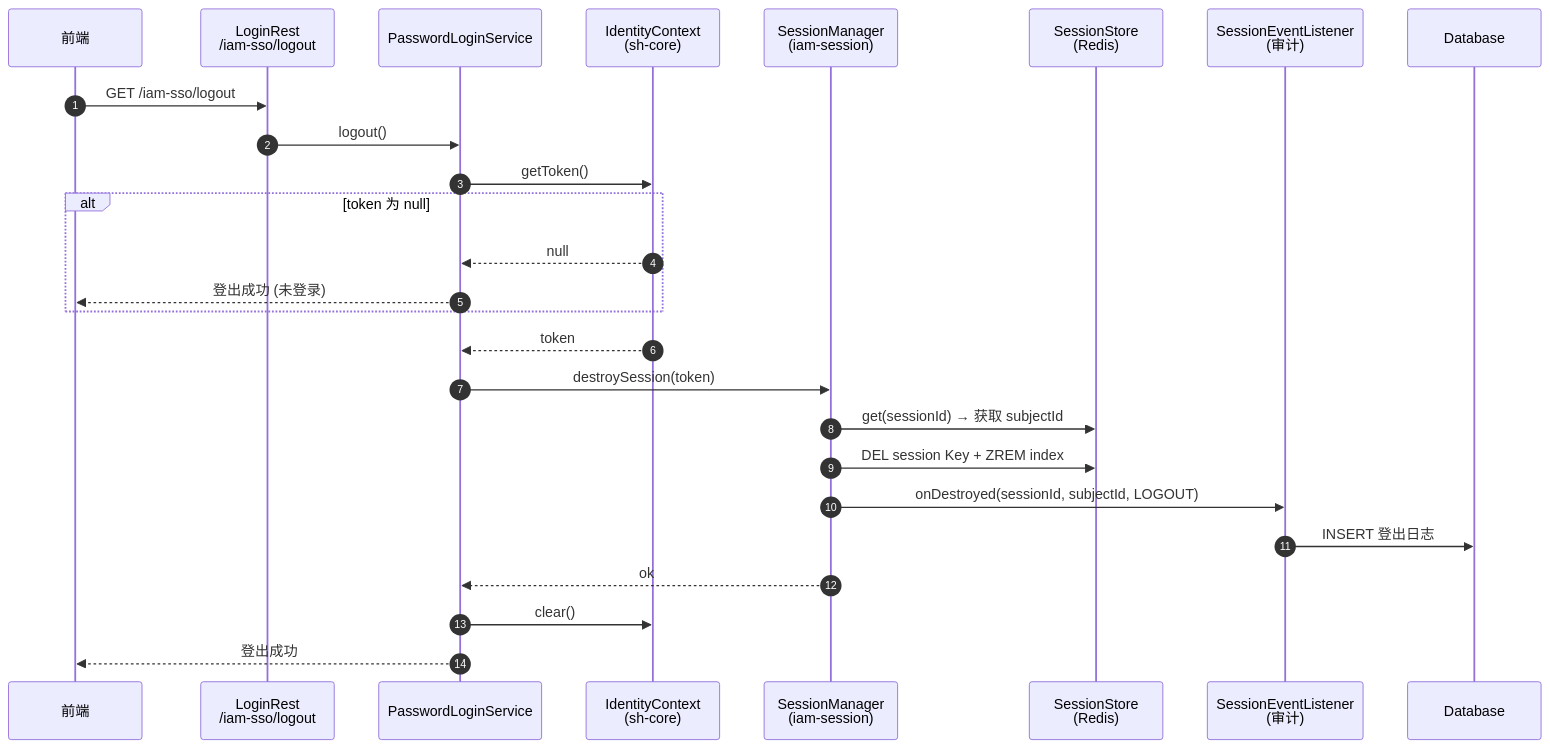
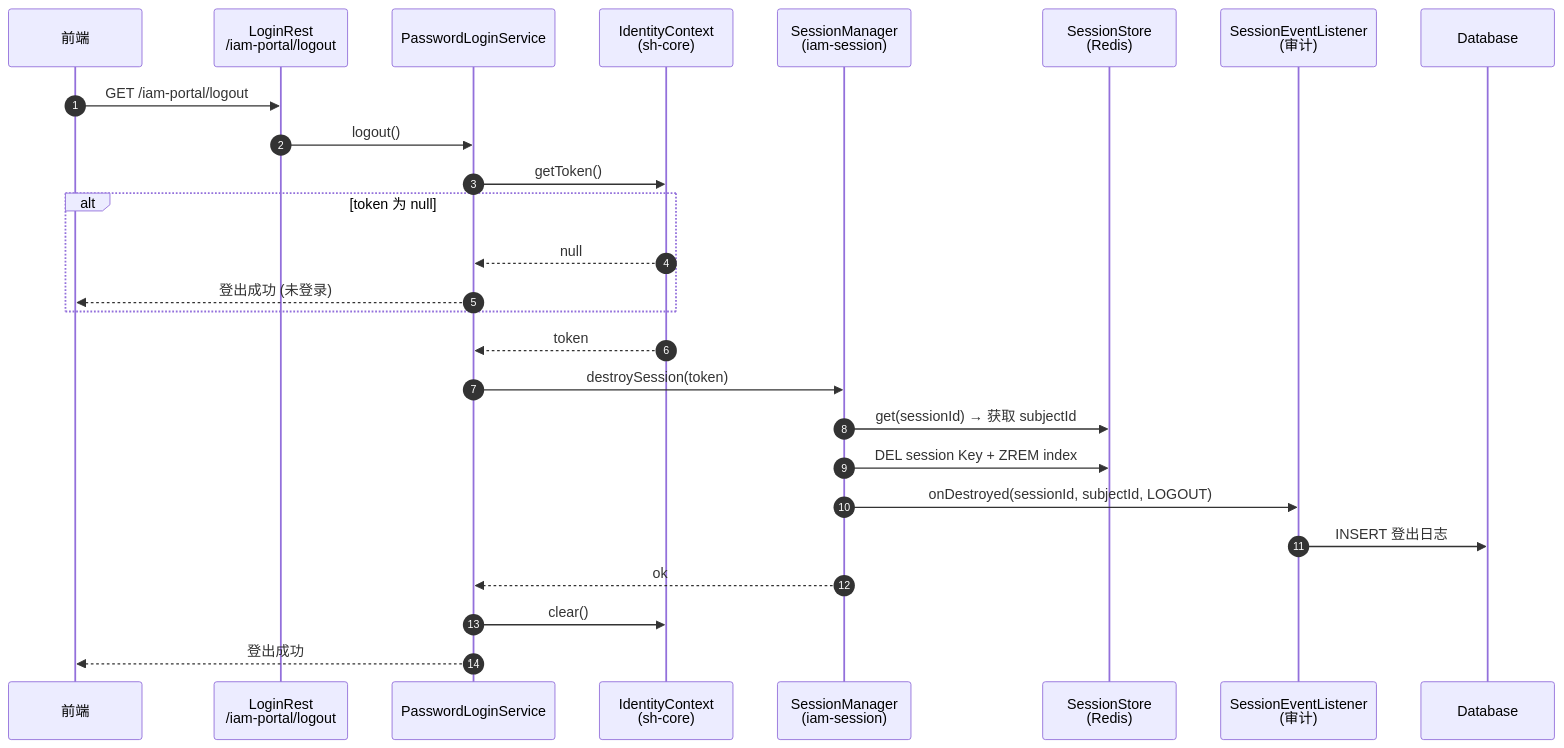
One commit to shrimp-group/sh-iam changed the diagram in docs/design/stories/session/US-13-logout-endpoint.md. Above: the diagram before and after it, drawn with Mermaid. The commit also changed other lines of this file and 32 other files, not shown here.

````diff
--- a/docs/design/stories/session/US-13-logout-endpoint.md
+++ b/docs/design/stories/session/US-13-logout-endpoint.md
@@ -39,28 +39,28 @@
 ```mermaid
 sequenceDiagram
     autonumber
     participant Client as 前端
-    participant Rest as LoginRest<br/>/iam-sso/logout
+    participant Rest as LoginRest<br/>/iam-portal/logout
     participant Service as PasswordLoginService
     participant Ctx as IdentityContext<br/>(sh-core)
     participant Manager as SessionManager<br/>(iam-session)
     participant Store as SessionStore<br/>(Redis)
     participant Listener as SessionEventListener<br/>(审计)
     participant DB as Database
-    Client ->> Rest: GET /iam-sso/logout
+    Client ->> Rest: GET /iam-portal/logout
     Rest ->> Service: logout()
     Service ->> Ctx: getToken()
     alt token 为 null
         Ctx -->> Service: null
         Service -->> Client: 登出成功 (未登录)
     end
     Ctx -->> Service: token
     Service ->> Manager: destroySession(token)
     Manager ->> Store: get(sessionId) → 获取 subjectId
     Manager ->> Store: DEL session Key + ZREM index
     Manager ->> Listener: onDestroyed(sessionId, subjectId, LOGOUT)
     Listener ->> DB: INSERT 登出日志
     Manager -->> Service: ok
     Service ->> Ctx: clear()
     Service -->> Client: 登出成功
 ```
````
